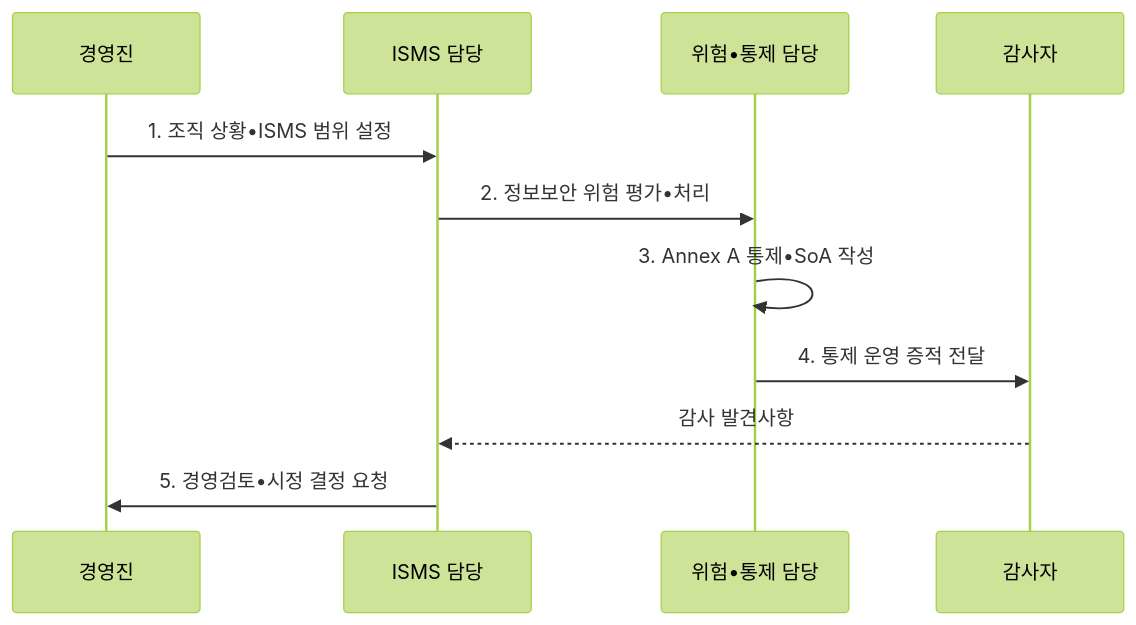
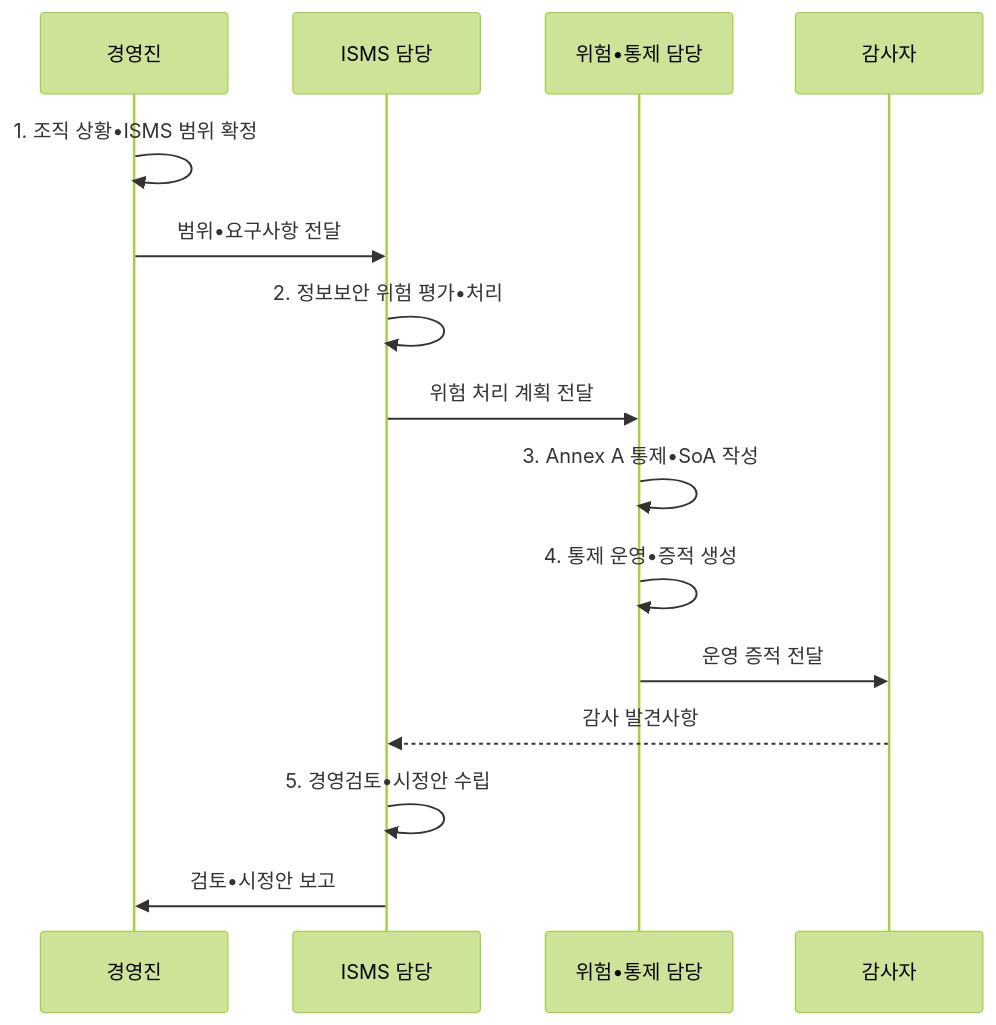
Before and after one commit to agnusdei1207/knowledge-base: the second of 2 diagrams in src/content/docs/notes/05-security/105_iso_27001.md, drawn with Mermaid (forest theme). The commit also changed other lines of this file and 20 other files, not shown here.

````diff
--- a/src/content/docs/notes/05-security/105_iso_27001.md
+++ b/src/content/docs/notes/05-security/105_iso_27001.md
@@ -106,13 +106,17 @@
 ```mermaid
 sequenceDiagram
   participant M as 경영진
   participant I as ISMS 담당
   participant C as 위험•통제 담당
   participant A as 감사자
-  M->>I: 1. 조직 상황•ISMS 범위 설정
-  I->>C: 2. 정보보안 위험 평가•처리
+  M->>M: 1. 조직 상황•ISMS 범위 확정
+  M->>I: 범위•요구사항 전달
+  I->>I: 2. 정보보안 위험 평가•처리
+  I->>C: 위험 처리 계획 전달
   C->>C: 3. Annex A 통제•SoA 작성
-  C->>A: 4. 통제 운영 증적 전달
+  C->>C: 4. 통제 운영•증적 생성
+  C->>A: 운영 증적 전달
   A-->>I: 감사 발견사항
-  I->>M: 5. 경영검토•시정 결정 요청
+  I->>I: 5. 경영검토•시정안 수립
+  I->>M: 검토•시정안 보고
 ```
````
